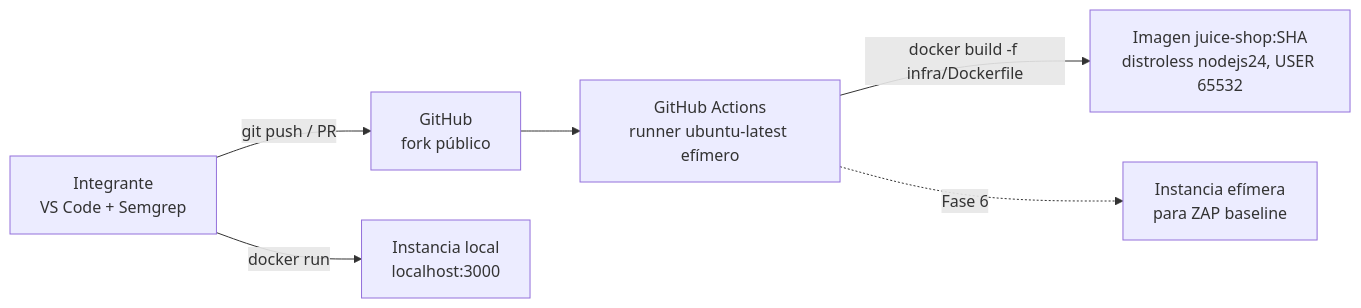
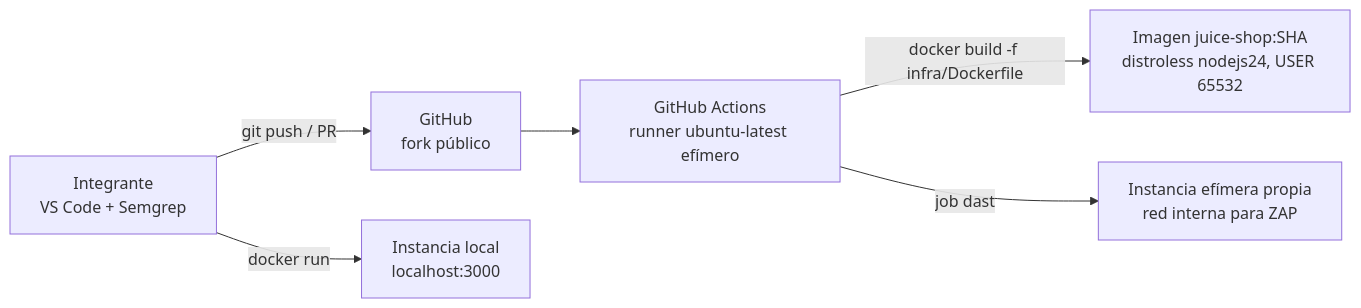
Before and after one commit to Daniel-1A/juice-shop-sast: the second of 2 diagrams in security/diseño/arquitectura.md, drawn with Mermaid. The commit also changed other lines of this file and 20 other files, not shown here.

Commit message:
feat: integrar ZAP DAST con autenticacion y reportes saneados

````diff
--- a/security/diseño/arquitectura.md
+++ b/security/diseño/arquitectura.md
@@ -61,8 +61,8 @@
 ```mermaid
 flowchart LR
     DEV[Integrante<br/>VS Code + Semgrep] -- git push / PR --> GH[GitHub<br/>fork público]
     GH --> GA[GitHub Actions<br/>runner ubuntu-latest efímero]
     GA -- docker build -f infra/Dockerfile --> IMG[Imagen juice-shop:SHA<br/>distroless nodejs24, USER 65532]
-    GA -. Fase 6 .-> APP[Instancia efímera<br/>para ZAP baseline]
+    GA -- job dast --> APP[Instancia efímera propia<br/>red interna para ZAP]
     DEV -- docker run --> LOCAL[Instancia local<br/>localhost:3000]
 ```
````
